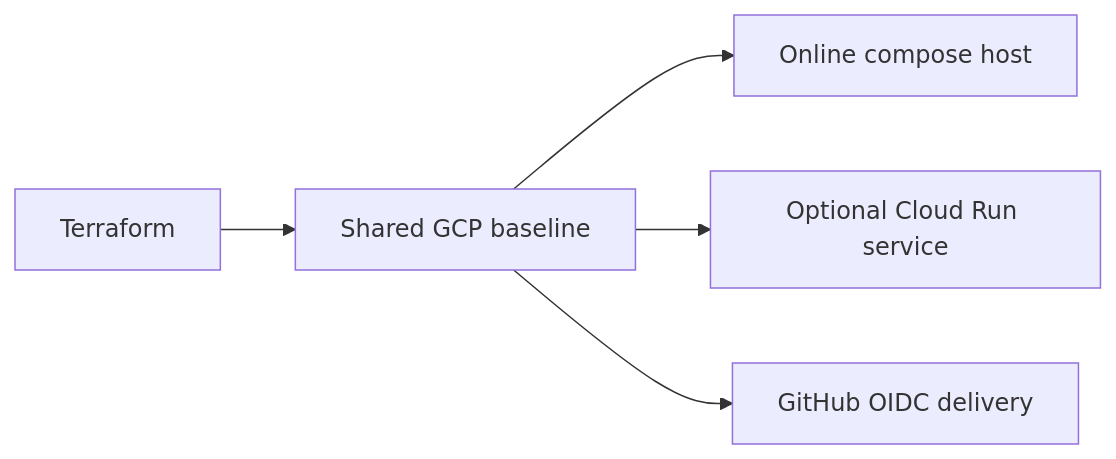
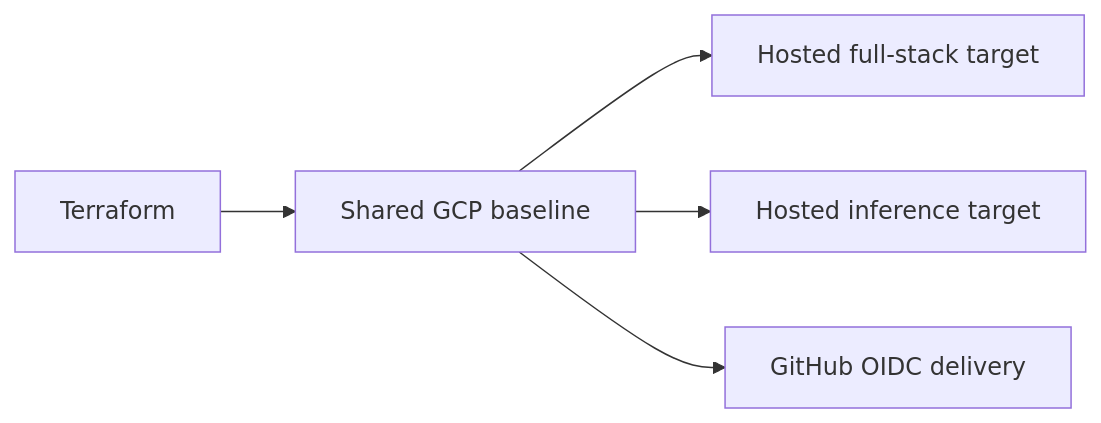
One commit to javihslu/foehncast changed the diagram in terraform/README.md. Above: the diagram before and after it, drawn with Mermaid. The commit also changed other lines of this file and 64 other files, not shown here.

````diff
--- a/terraform/README.md
+++ b/terraform/README.md
@@ -14,7 +14,7 @@
 ```mermaid
 flowchart LR
    TF[Terraform] --> BASE[Shared GCP baseline]
-   BASE --> HOST[Online compose host]
-   BASE --> RUN[Optional Cloud Run service]
+   BASE --> HOST[Hosted full-stack target]
+   BASE --> RUN[Hosted inference target]
    BASE --> GH[GitHub OIDC delivery]
 ```
````
